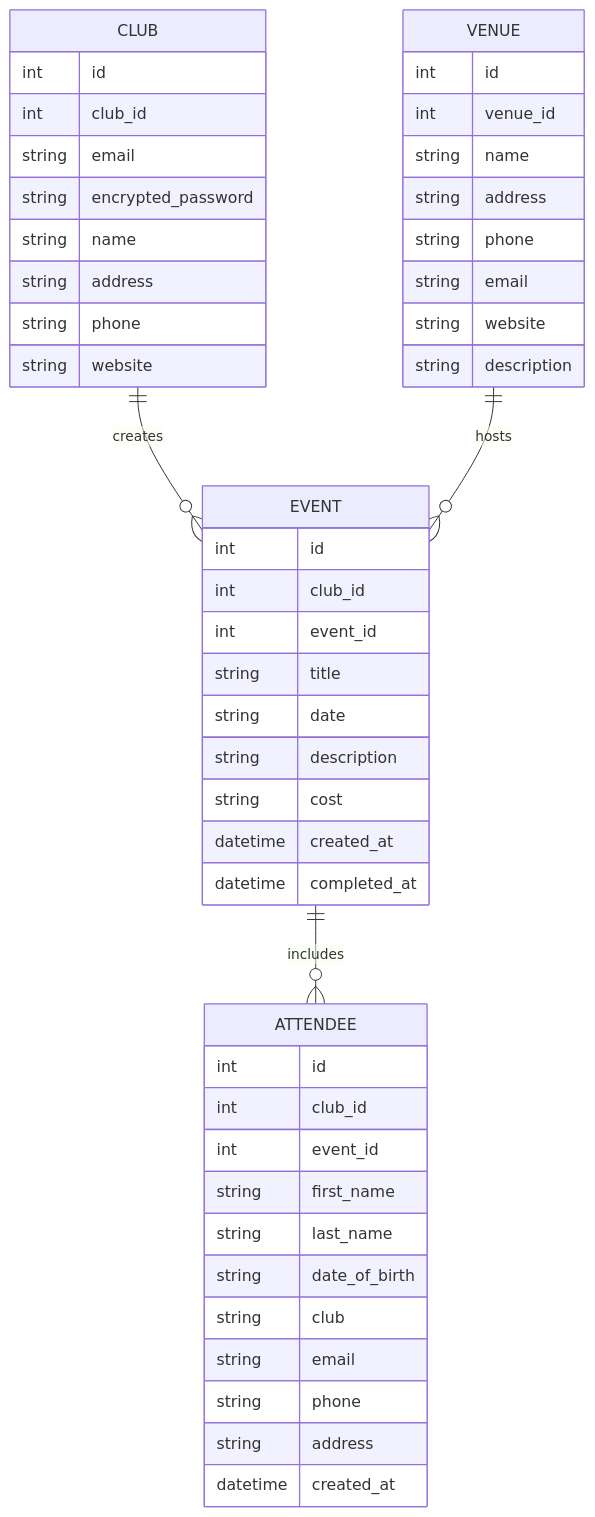
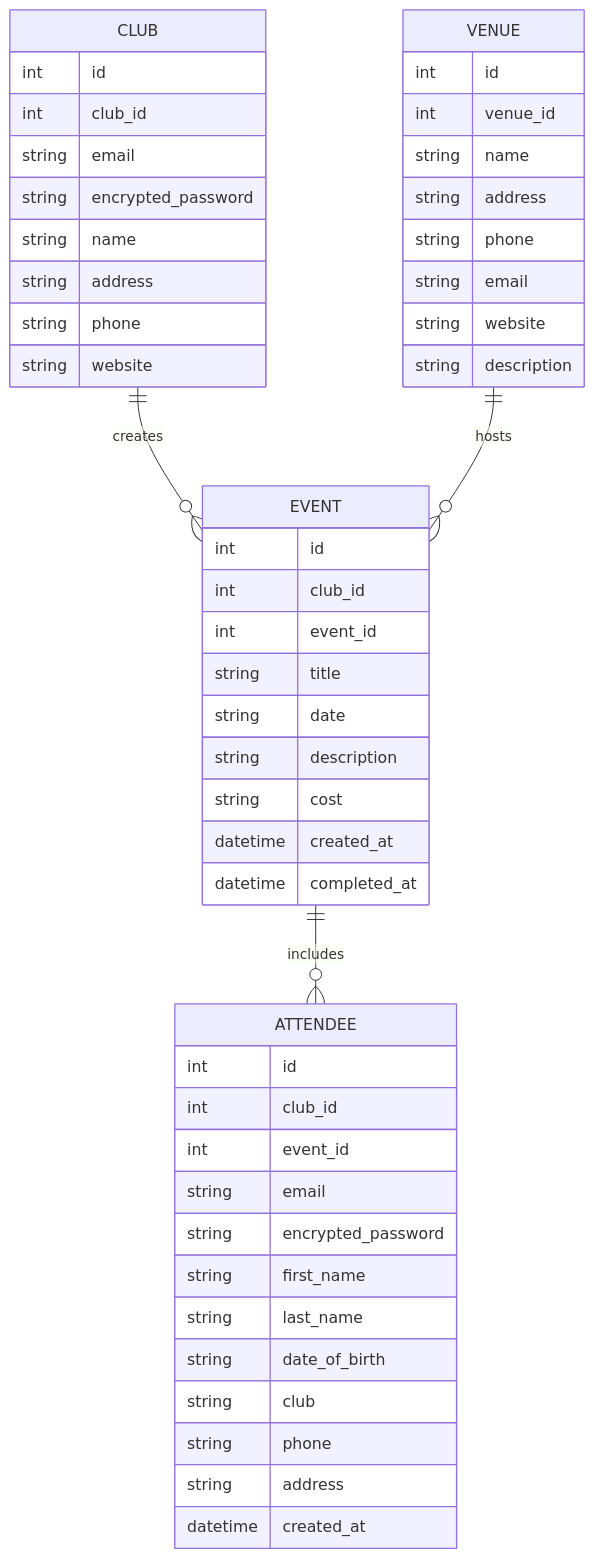
The second of 2 diagrams in README.md (wildintu/scene), drawn with Mermaid before and after one commit.

Commit message:
EDR draft

````diff
--- a/README.md
+++ b/README.md
@@ -13,50 +13,51 @@
 ```mermaid
     erDiagram
         CLUB ||--o{ EVENT : creates
         CLUB {
             int id
             int club_id
             string email
             string encrypted_password
             string name
             string address
             string phone
             string website
         }
         VENUE ||--o{ EVENT : hosts
         VENUE {
             int id
             int venue_id
             string name
             string address
             string phone
             string email
             string website
             string description
         }
         EVENT ||--o{ ATTENDEE : includes
         EVENT {
             int id
             int club_id
             int event_id
             string title
             string date
             string description
             string cost
             datetime created_at
             datetime completed_at
         }
         ATTENDEE {
             int id
             int club_id
             int event_id
+            string email
+            string encrypted_password
             string first_name
             string last_name
             string date_of_birth
             string club
-            string email
             string phone
             string address
             datetime created_at
         }
 ```
````
